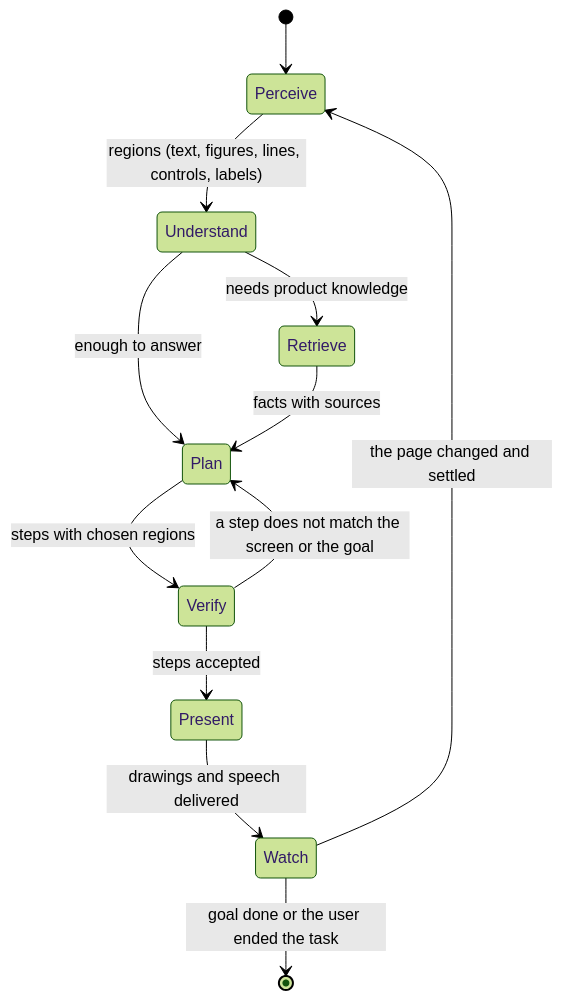
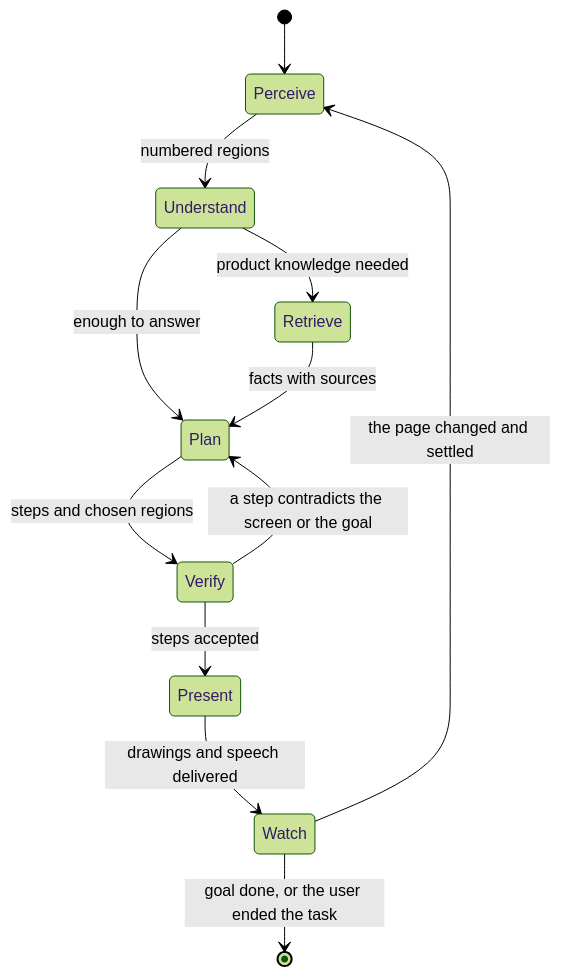
Before and after one commit to hungtruongOwolf/screen-tutor: the second of 2 diagrams in ARCHITECTURE.md, drawn with Mermaid (forest theme). The commit also changed other lines of this file and 2 other files, not shown here.

Commit message:
ARCHITECTURE.md as a design document without status labels; local gap list stays out of git

````diff
--- a/ARCHITECTURE.md
+++ b/ARCHITECTURE.md
@@ -75,14 +78,14 @@
 ```mermaid
 stateDiagram-v2
   [*] --> Perceive
-  Perceive --> Understand: regions (text, figures, lines, controls, labels)
-  Understand --> Retrieve: needs product knowledge
+  Perceive --> Understand: numbered regions
+  Understand --> Retrieve: product knowledge needed
   Understand --> Plan: enough to answer
   Retrieve --> Plan: facts with sources
-  Plan --> Verify: steps with chosen regions
-  Verify --> Plan: a step does not match the screen or the goal
+  Plan --> Verify: steps and chosen regions
+  Verify --> Plan: a step contradicts the screen or the goal
   Verify --> Present: steps accepted
   Present --> Watch: drawings and speech delivered
   Watch --> Perceive: the page changed and settled
-  Watch --> [*]: goal done or the user ended the task
+  Watch --> [*]: goal done, or the user ended the task
 ```
````
